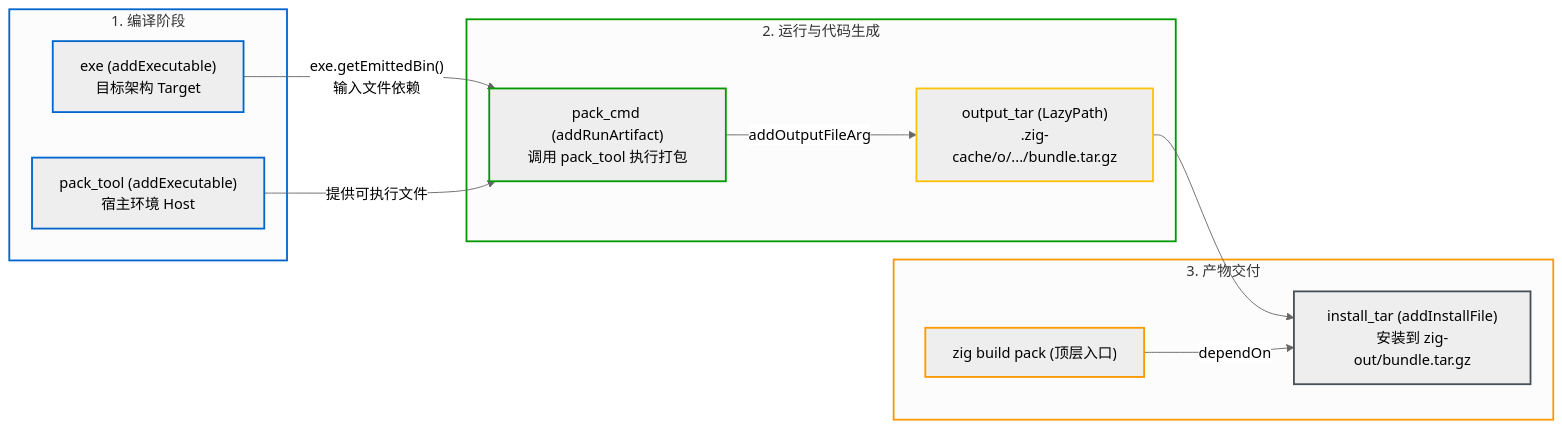
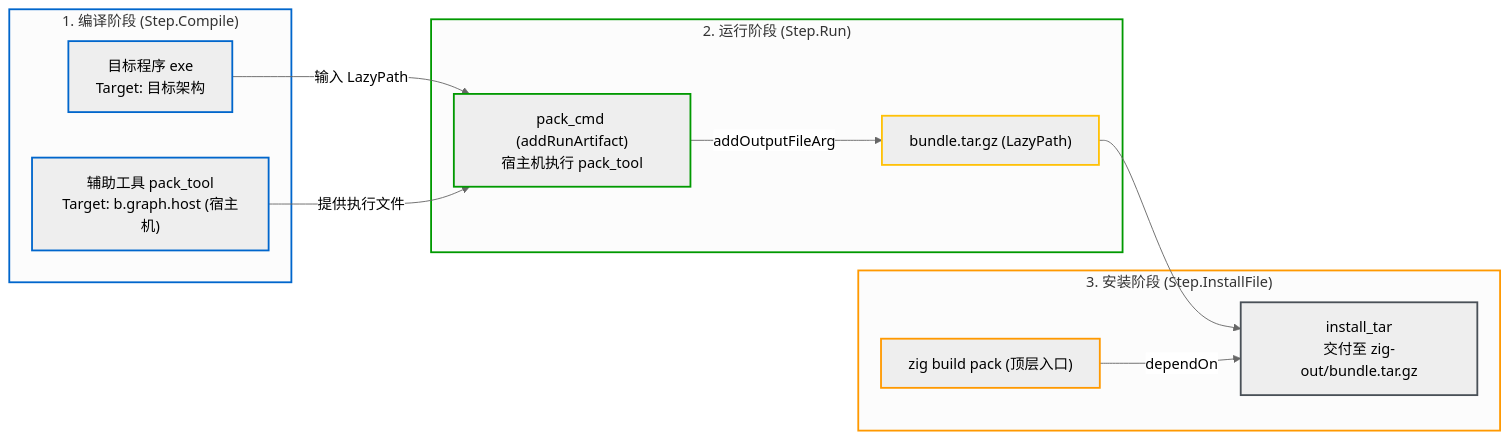
One commit to jiacai2050/x changed the diagram in zig-build/src/api/custom-steps.md. Above: the diagram before and after it, drawn with Mermaid (neutral theme). The commit also changed other lines of this file and 6 other files, not shown here.

````diff
--- a/zig-build/src/api/custom-steps.md
+++ b/zig-build/src/api/custom-steps.md
@@ -191,33 +67,34 @@
 ```mermaid
 flowchart LR
-    subgraph CompilePhase ["1. 编译阶段"]
-        S_Exe["exe (addExecutable)<br/>目标架构 Target"]
-        S_Tool["pack_tool (addExecutable)<br/>宿主环境 Host"]
+    subgraph S_Compile ["1. 编译阶段 (Step.Compile)"]
+        S_Exe["目标程序 exe<br/>Target: 目标架构"]
+        S_Tool["辅助工具 pack_tool<br/>Target: b.graph.host (宿主机)"]
     end
 
-    subgraph RunPhase ["2. 运行与代码生成"]
-        S_RunPack["pack_cmd (addRunArtifact)<br/>调用 pack_tool 执行打包"]
-        LP_Out["output_tar (LazyPath)<br/>.zig-cache/o/.../bundle.tar.gz"]
+    subgraph S_Run ["2. 运行阶段 (Step.Run)"]
+        S_RunPack["pack_cmd (addRunArtifact)<br/>宿主机执行 pack_tool"]
+        LP_Out["bundle.tar.gz (LazyPath)"]
     end
 
-    subgraph InstallPhase ["3. 产物交付"]
-        S_Inst["install_tar (addInstallFile)<br/>安装到 zig-out/bundle.tar.gz"]
+    subgraph S_Install ["3. 安装阶段 (Step.InstallFile)"]
+        S_Inst["install_tar<br/>交付至 zig-out/bundle.tar.gz"]
         TopPack["zig build pack (顶层入口)"]
     end
 
-    S_Exe -- "exe.getEmittedBin()<br/>输入文件依赖" --> S_RunPack
-    S_Tool -- "提供可执行文件" --> S_RunPack
+    S_Exe -- "输入 LazyPath" --> S_RunPack
+    S_Tool -- "提供执行文件" --> S_RunPack
     S_RunPack -- "addOutputFileArg" --> LP_Out
     LP_Out --> S_Inst
     TopPack -- "dependOn" --> S_Inst
 
-    style CompilePhase stroke:#0066cc,stroke-width:2px;
-    style RunPhase stroke:#009900,stroke-width:2px;
-    style InstallPhase stroke:#ff9900,stroke-width:2px;
+    classDef default stroke:#495057;
+    style S_Compile stroke:#0066cc,stroke-width:2px;
+    style S_Run stroke:#009900,stroke-width:2px;
+    style S_Install stroke:#ff9900,stroke-width:2px;
     style S_Exe stroke:#0066cc,stroke-width:2px;
     style S_Tool stroke:#0066cc,stroke-width:2px;
     style S_RunPack stroke:#009900,stroke-width:2px;
     style LP_Out stroke:#ffc107,stroke-width:2px;
     style S_Inst stroke:#495057,stroke-width:2px;
     style TopPack stroke:#ff9900,stroke-width:2px;
 ```
````
